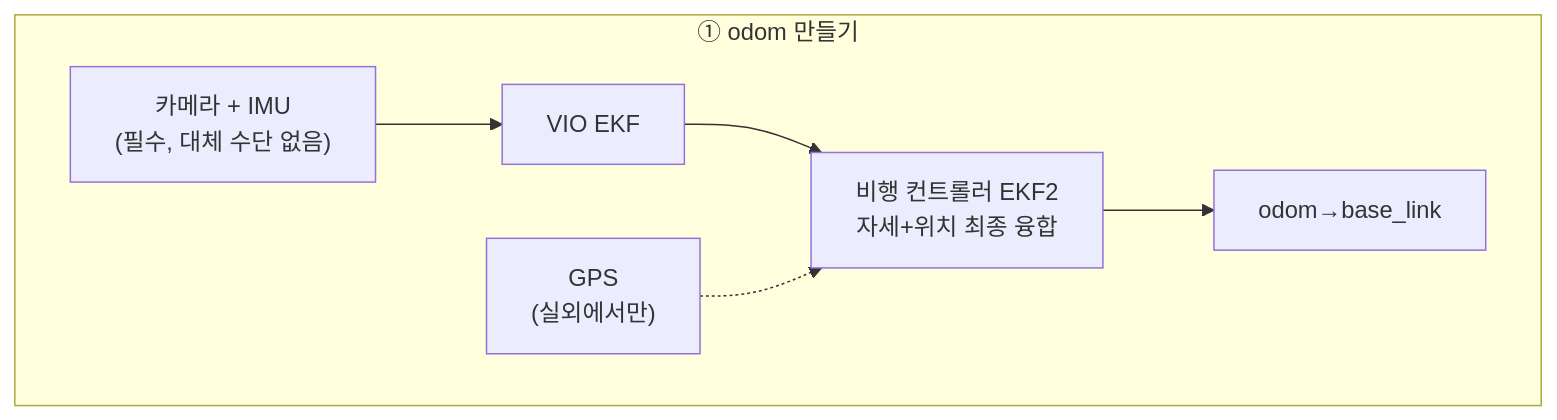
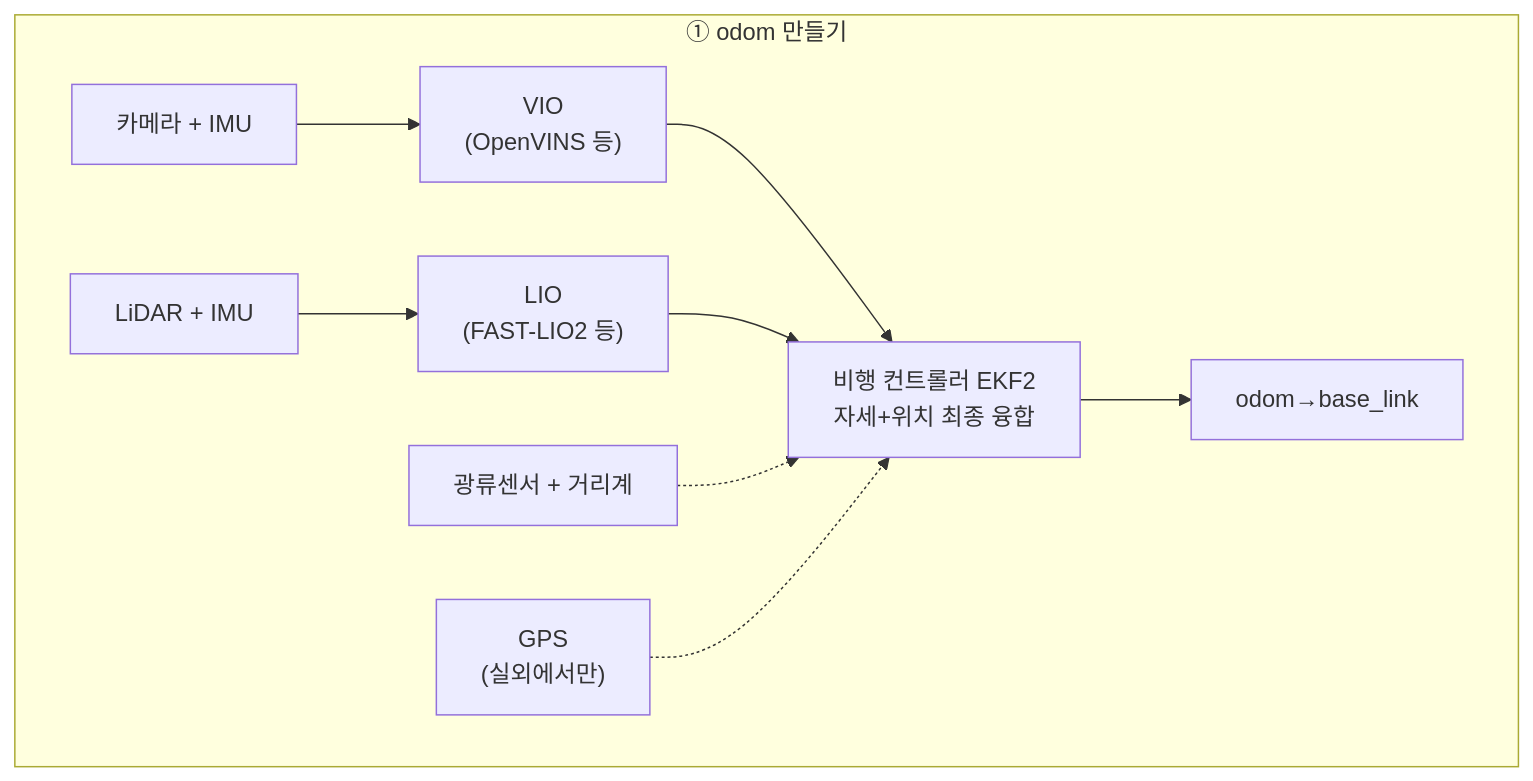
The sixth of 8 diagrams in 5_드론 적용/00_지상로봇과_드론은_무엇이_다른가.md (codebaragi23/ROS2-doc), drawn with Mermaid before and after one commit. The commit also changed other lines of this file and 12 other files, not shown here.

````diff
--- a/5_드론 적용/00_지상로봇과_드론은_무엇이_다른가.md
+++ b/5_드론 적용/00_지상로봇과_드론은_무엇이_다른가.md
@@ -125,12 +127,16 @@
 ```mermaid
 flowchart TB
     subgraph AIR1["① odom 만들기"]
-        AC["카메라 + IMU
-(필수, 대체 수단 없음)"] --> AVIO[VIO EKF]
+        AC["카메라 + IMU"] --> AVIO["VIO
+(OpenVINS 등)"]
+        AL["LiDAR + IMU"] --> ALIO["LIO
+(FAST-LIO2 등)"]
         AVIO --> AFC["비행 컨트롤러 EKF2
 자세+위치 최종 융합"]
+        ALIO --> AFC
+        AOF["광류센서 + 거리계"] -.-> AFC
         AGPS["GPS
 (실외에서만)"] -.-> AFC
         AFC --> AODOM[odom→base_link]
     end
 ```
````
